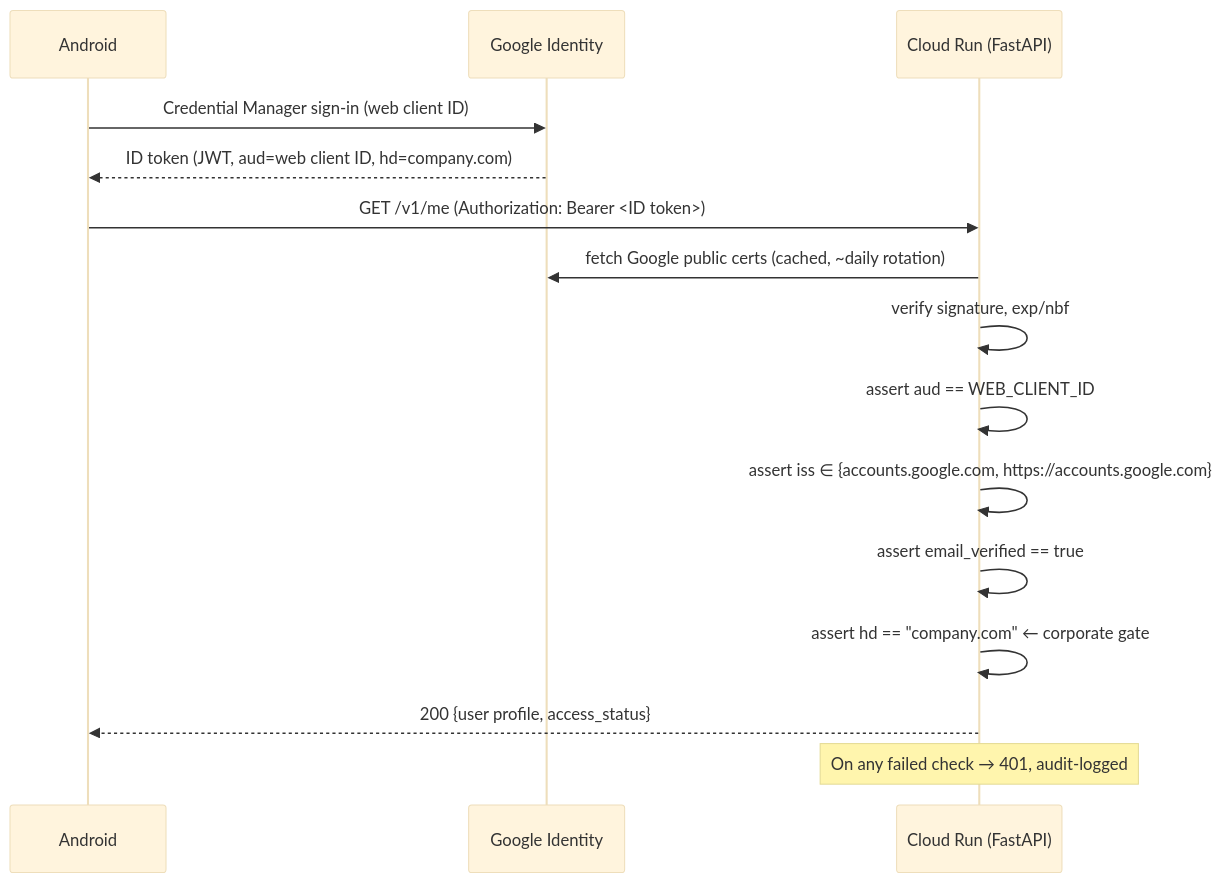
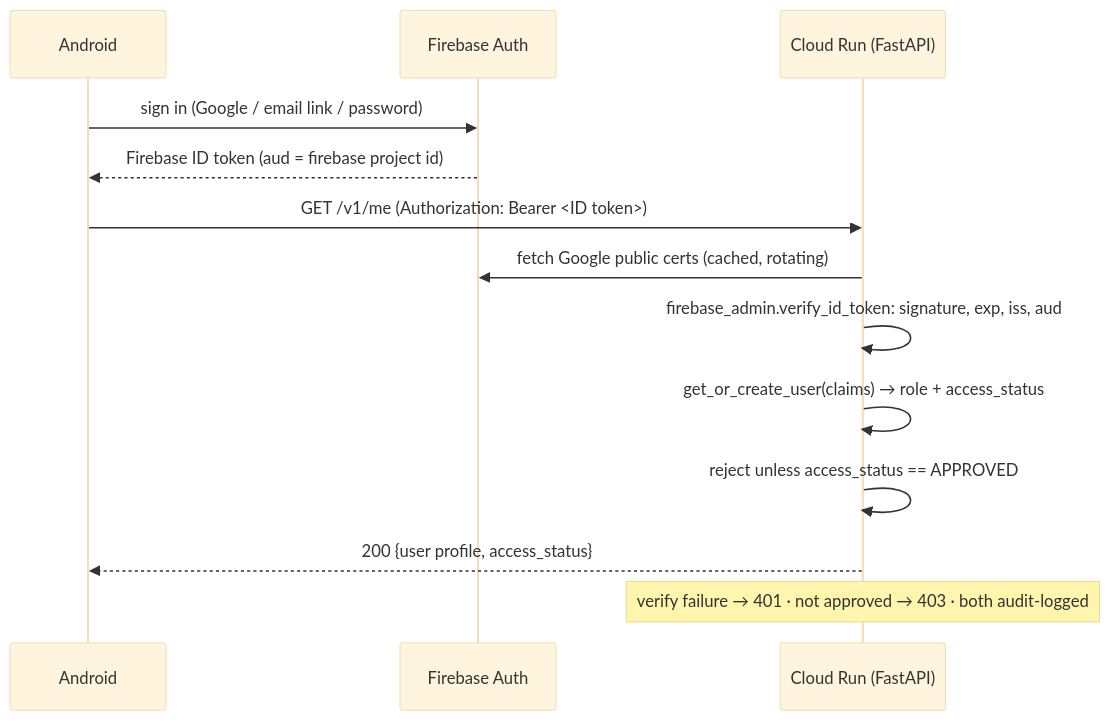
The first of 3 diagrams in docs/backend/CLOUD_ARCHITECTURE_GCP.md (sempermechanics/material_testing), drawn with Mermaid (base theme) before and after one commit. The commit also changed other lines of this file and 11 other files, not shown here.

Commit message:
updated docs to reflect firebase based auth

````diff
--- a/docs/backend/CLOUD_ARCHITECTURE_GCP.md
+++ b/docs/backend/CLOUD_ARCHITECTURE_GCP.md
@@ -114,17 +115,15 @@
 ```mermaid
 sequenceDiagram
     participant A as Android
-    participant G as Google Identity
+    participant F as Firebase Auth
     participant R as Cloud Run (FastAPI)
-    A->>G: Credential Manager sign-in (web client ID)
-    G-->>A: ID token (JWT, aud=web client ID, hd=company.com)
+    A->>F: sign in (Google / email link / password)
+    F-->>A: Firebase ID token (aud = firebase project id)
     A->>R: GET /v1/me  (Authorization: Bearer <ID token>)
-    R->>G: fetch Google public certs (cached, ~daily rotation)
-    R->>R: verify signature, exp/nbf
-    R->>R: assert aud == WEB_CLIENT_ID
-    R->>R: assert iss ∈ {accounts.google.com, https://accounts.google.com}
-    R->>R: assert email_verified == true
-    R->>R: assert hd == "company.com"   ← corporate gate
+    R->>F: fetch Google public certs (cached, rotating)
+    R->>R: firebase_admin.verify_id_token: signature, exp, iss, aud
+    R->>R: get_or_create_user(claims) → role + access_status
+    R->>R: reject unless access_status == APPROVED
     R-->>A: 200 {user profile, access_status}
-    Note over R: On any failed check → 401, audit-logged
+    Note over R: verify failure → 401 · not approved → 403 · both audit-logged
 ```
````
